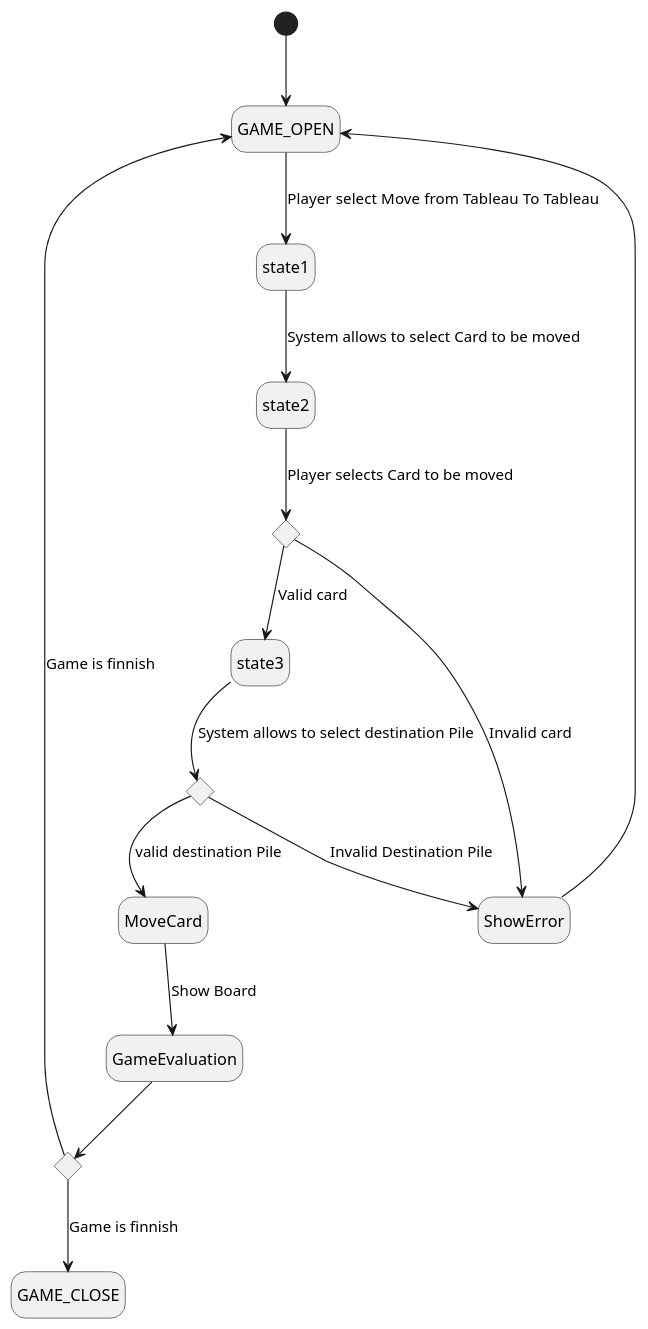
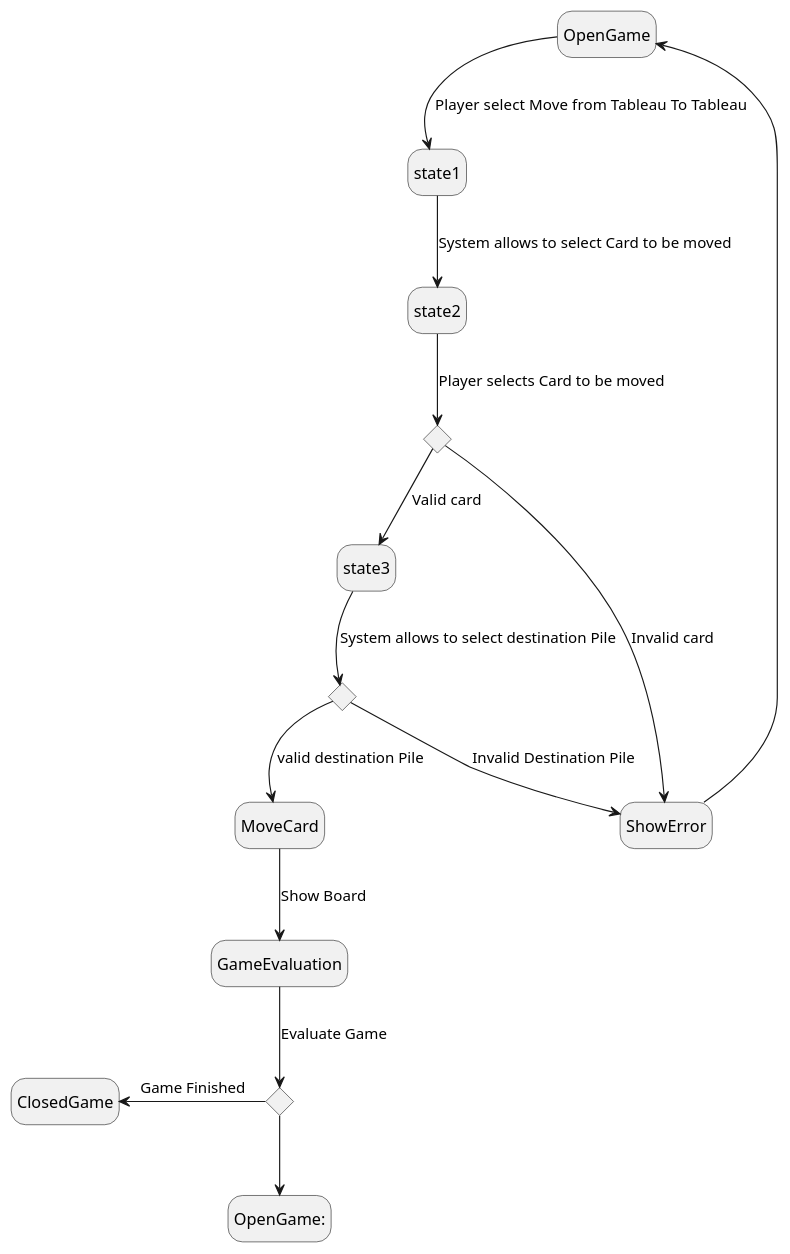
One commit to Troteaga/klondike changed the fifth of 15 diagrams in docs/UseCases.plantuml. Above: the diagram before and after it, drawn with PlantUML. The commit also changed other lines of this file and 1 other file, not shown here.

Commit message:
States moved to clarify main flow

```diff
--- a/docs/UseCases.plantuml
+++ b/docs/UseCases.plantuml
@@ -48,23 +48,24 @@
 @startuml Player Moves Card From Waste to Foundation
 
 hide empty description 
 state c <<choice>>
 state d <<choice>>
 state e <<choice>>
 
-[*] -down-> GAME_OPEN
-GAME_OPEN -down-> state1 : Player select Move from Tableau To Tableau
+state "OpenGame" as 0
+
+0 -down-> state1 : Player select Move from Tableau To Tableau
 state1 -down-> state2 : System allows to select Card to be moved
 state2 -down-> c : Player selects Card to be moved
 c --> ShowError : Invalid card
 c --> state3 : Valid card
 state3 --> d : System allows to select destination Pile
 d --> ShowError : Invalid Destination Pile
-ShowError --> GAME_OPEN
+ShowError -up-> 0
 d --> MoveCard : valid destination Pile
 MoveCard --> GameEvaluation : Show Board
-GameEvaluation --> e 
-e --> GAME_CLOSE : Game is finnish
-e -up-> GAME_OPEN: Game is finnish
+GameEvaluation --> e : Evaluate Game 
+e -left-> ClosedGame : Game Finished
+e --> OpenGame: 
 
 @enduml
```
